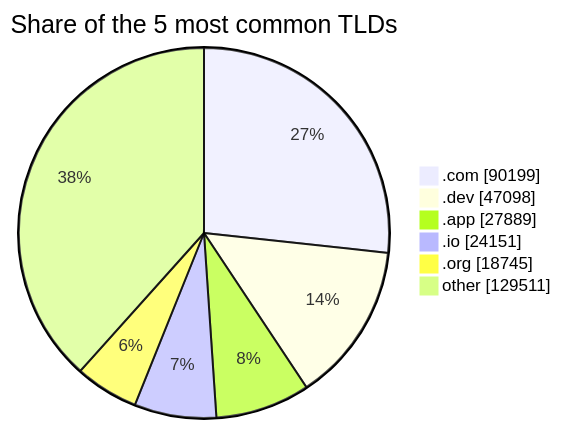
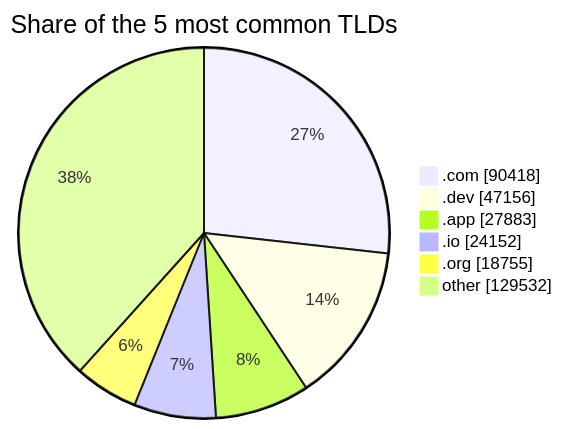
One commit to DNSBunker/CTI changed the third of 3 diagrams in README.md. Above: the diagram before and after it, drawn with Mermaid. The commit also changed other lines of this file and 3 other files, not shown here.

````diff
--- a/README.md
+++ b/README.md
@@ -81,9 +81,9 @@
 ```mermaid
 pie showData title Share of the 5 most common TLDs
-    ".com" : 90199
-    ".dev" : 47098
-    ".app" : 27889
-    ".io" : 24151
-    ".org" : 18745
-    "other" : 129511
+    ".com" : 90418
+    ".dev" : 47156
+    ".app" : 27883
+    ".io" : 24152
+    ".org" : 18755
+    "other" : 129532
 ```
````
